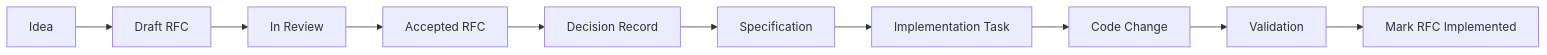
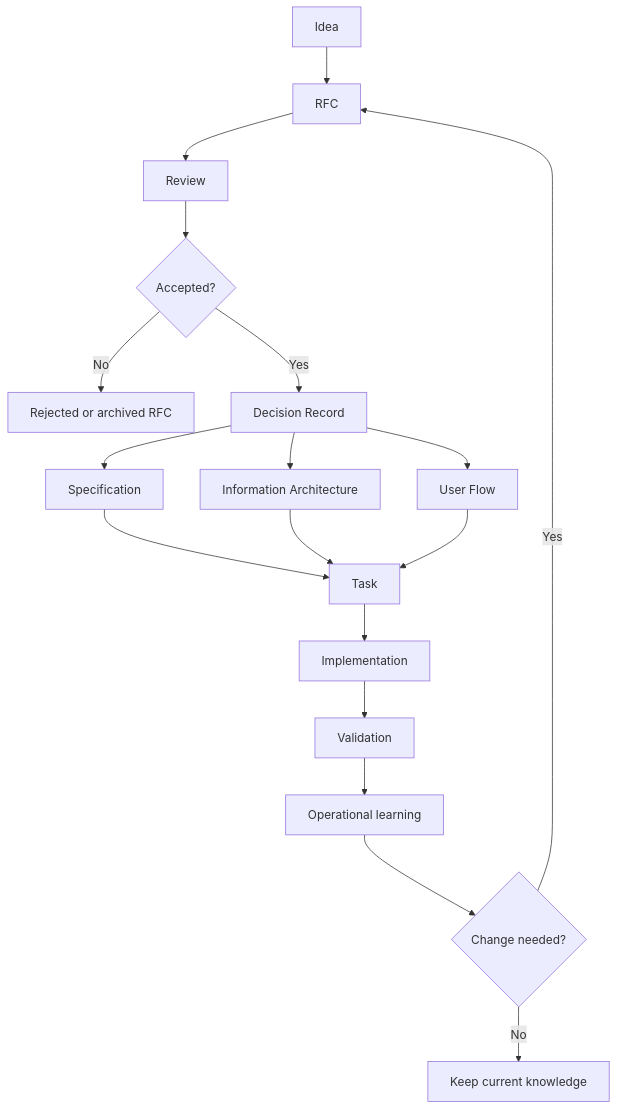
The diagram in README.md (emafriedrich/knowledge-driven-engineering), drawn with Mermaid before and after one commit. The commit also changed other lines of this file and 68 other files, not shown here.

````diff
--- a/README.md
+++ b/README.md
@@ -66,12 +63,20 @@
 ```mermaid
-flowchart LR
-    Idea[Idea] --> DraftRFC[Draft RFC]
-    DraftRFC --> Review[In Review]
-    Review --> Accepted[Accepted RFC]
-    Accepted --> Decision[Decision Record]
+flowchart TD
+    Idea[Idea] --> RFC[RFC]
+    RFC --> Review[Review]
+    Review --> Accepted{Accepted?}
+    Accepted -->|No| Archive[Rejected or archived RFC]
+    Accepted -->|Yes| Decision[Decision Record]
     Decision --> Spec[Specification]
-    Spec --> Task[Implementation Task]
-    Task --> Code[Code Change]
-    Code --> Verify[Validation]
-    Verify --> Implemented[Mark RFC Implemented]
+    Decision --> IA[Information Architecture]
+    Decision --> Flow[User Flow]
+    Spec --> Task[Task]
+    IA --> Task
+    Flow --> Task
+    Task --> Implementation[Implementation]
+    Implementation --> Validation[Validation]
+    Validation --> Learning[Operational learning]
+    Learning --> ChangeNeeded{Change needed?}
+    ChangeNeeded -->|Yes| RFC
+    ChangeNeeded -->|No| Current[Keep current knowledge]
 ```
````
